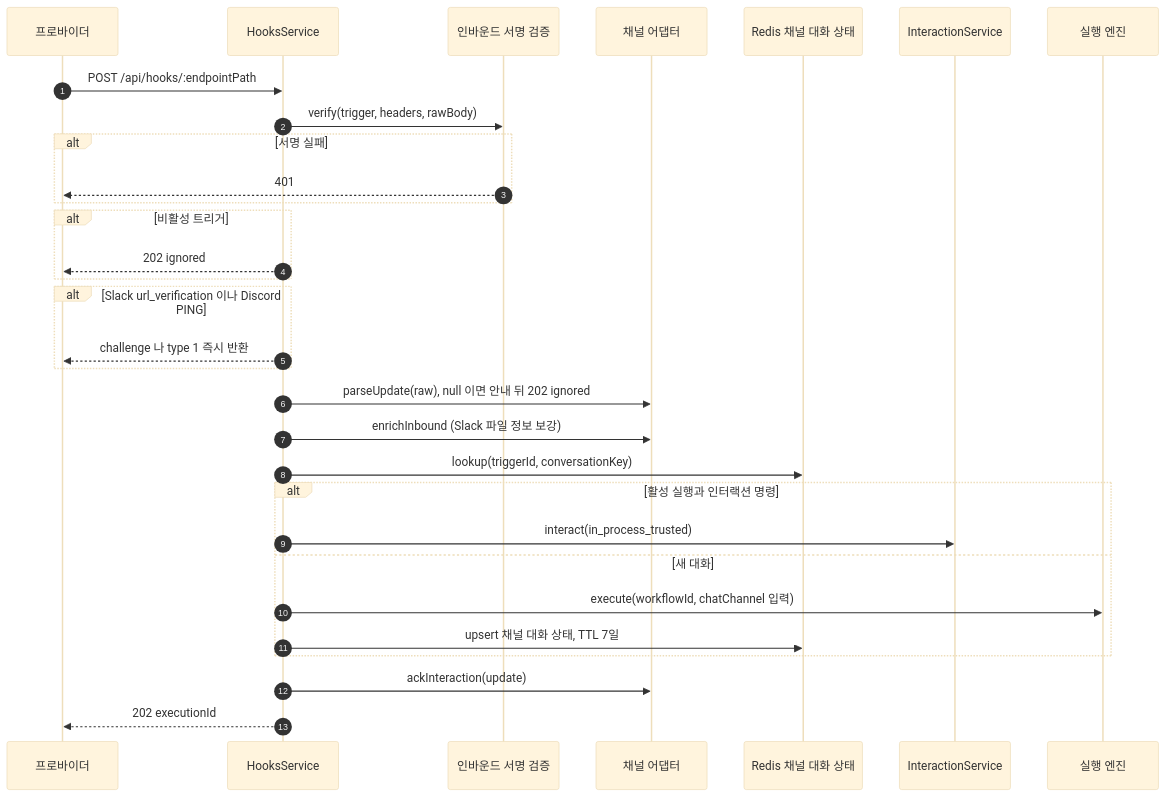
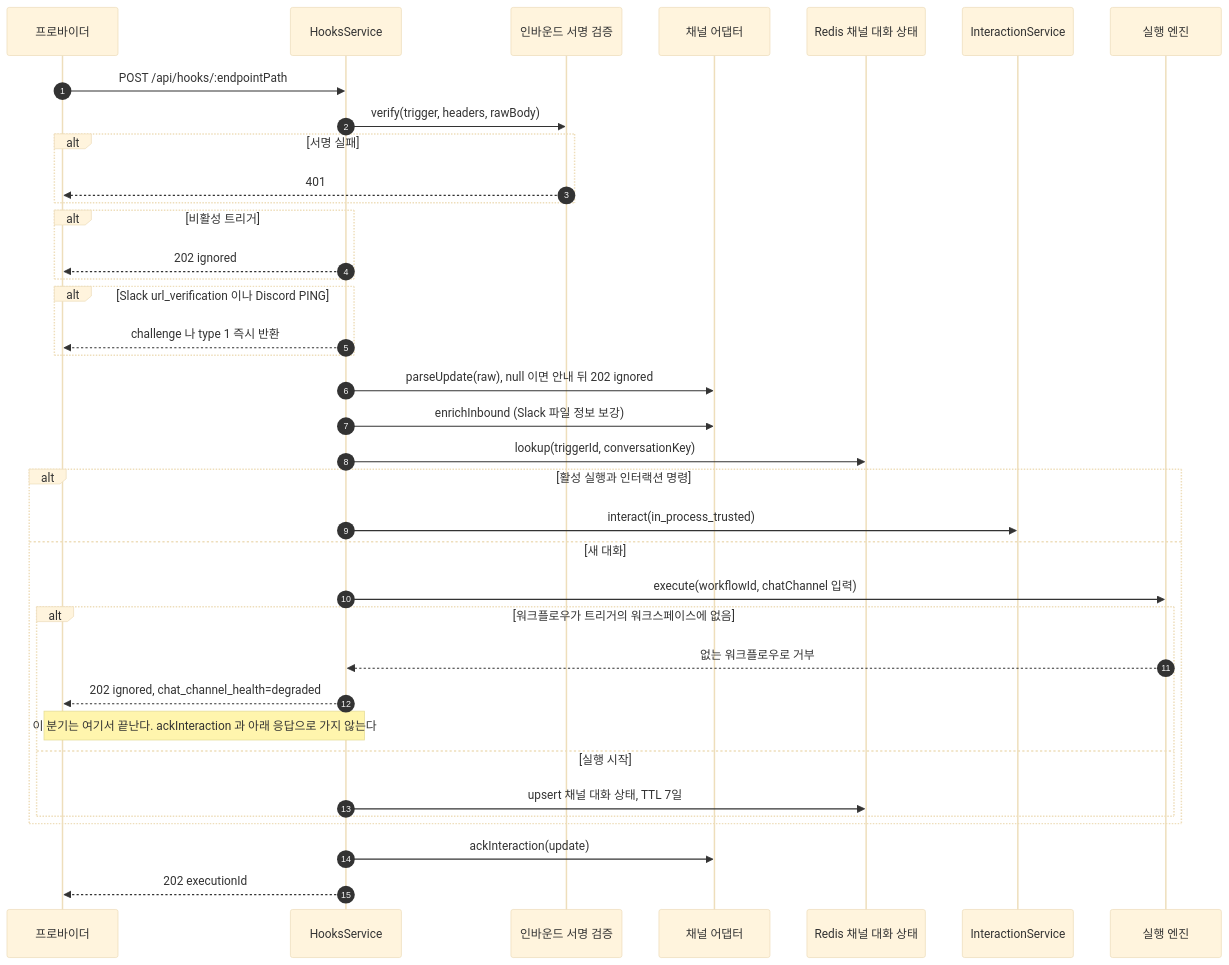
One commit to worker-ants/clemvion changed the first of 3 diagrams in spec/CLE-CHAT/CLE-CHAT-DATA.md. Above: the diagram before and after it, drawn with Mermaid (base theme). The commit also changed other lines of this file and 29 other files, not shown here.

````diff
--- a/spec/CLE-CHAT/CLE-CHAT-DATA.md
+++ b/spec/CLE-CHAT/CLE-CHAT-DATA.md
@@ -199,33 +199,39 @@
 ```mermaid
 sequenceDiagram
   autonumber
   participant Ext as 프로바이더
   participant Hk as HooksService
   participant Auth as 인바운드 서명 검증
   participant Ad as 채널 어댑터
   participant R as Redis 채널 대화 상태
   participant Int as InteractionService
   participant Eng as 실행 엔진
   Ext->>Hk: POST /api/hooks/:endpointPath
   Hk->>Auth: verify(trigger, headers, rawBody)
   alt 서명 실패
     Auth-->>Ext: 401
   end
   alt 비활성 트리거
     Hk-->>Ext: 202 ignored
   end
   alt Slack url_verification 이나 Discord PING
     Hk-->>Ext: challenge 나 type 1 즉시 반환
   end
   Hk->>Ad: parseUpdate(raw), null 이면 안내 뒤 202 ignored
   Hk->>Ad: enrichInbound (Slack 파일 정보 보강)
   Hk->>R: lookup(triggerId, conversationKey)
   alt 활성 실행과 인터랙션 명령
     Hk->>Int: interact(in_process_trusted)
   else 새 대화
     Hk->>Eng: execute(workflowId, chatChannel 입력)
-    Hk->>R: upsert 채널 대화 상태, TTL 7일
+    alt 워크플로우가 트리거의 워크스페이스에 없음
+      Eng-->>Hk: 없는 워크플로우로 거부
+      Hk-->>Ext: 202 ignored, chat_channel_health=degraded
+      Note over Hk,Ext: 이 분기는 여기서 끝난다. ackInteraction 과 아래 응답으로 가지 않는다
+    else 실행 시작
+      Hk->>R: upsert 채널 대화 상태, TTL 7일
+    end
   end
   Hk->>Ad: ackInteraction(update)
   Hk-->>Ext: 202 executionId
 ```
````
